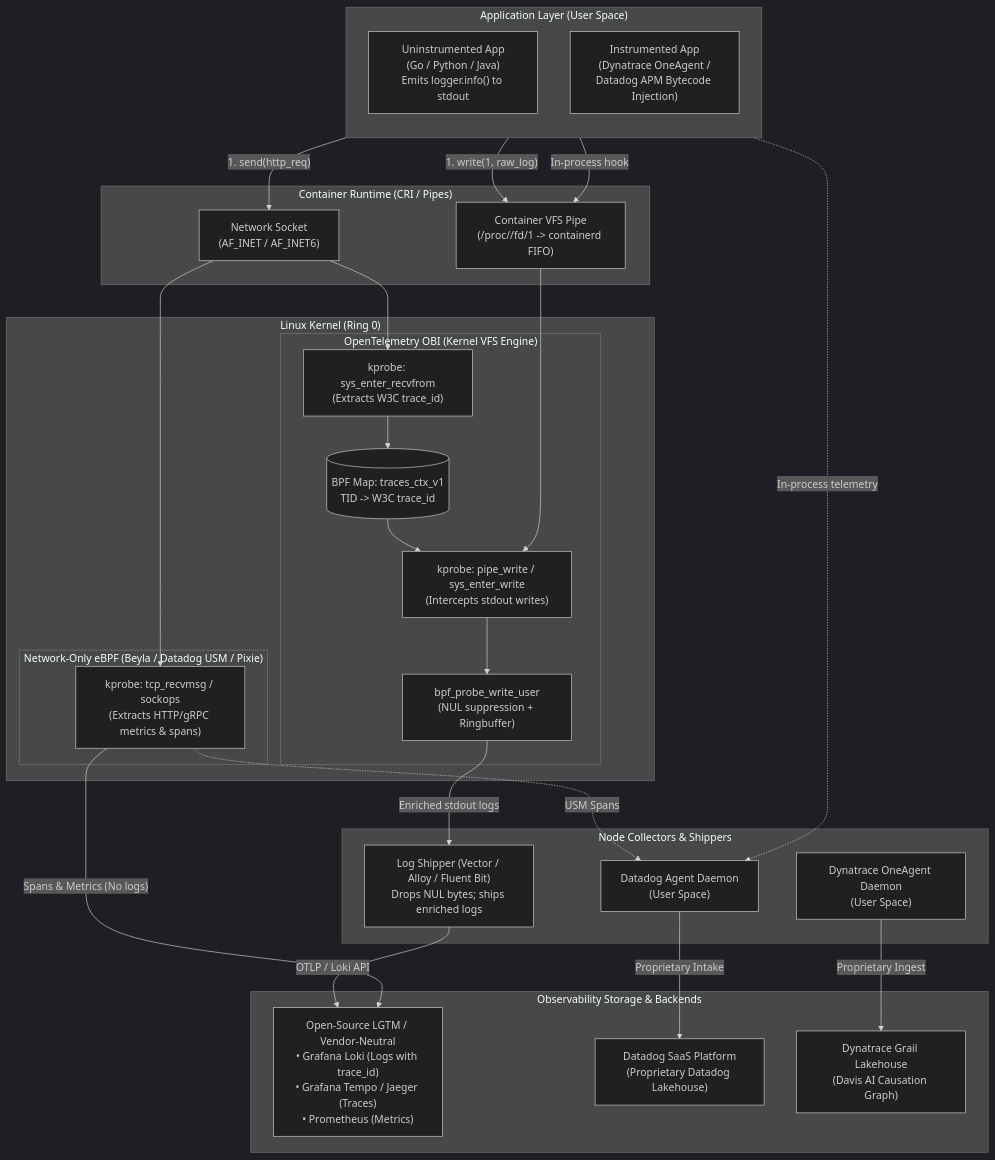
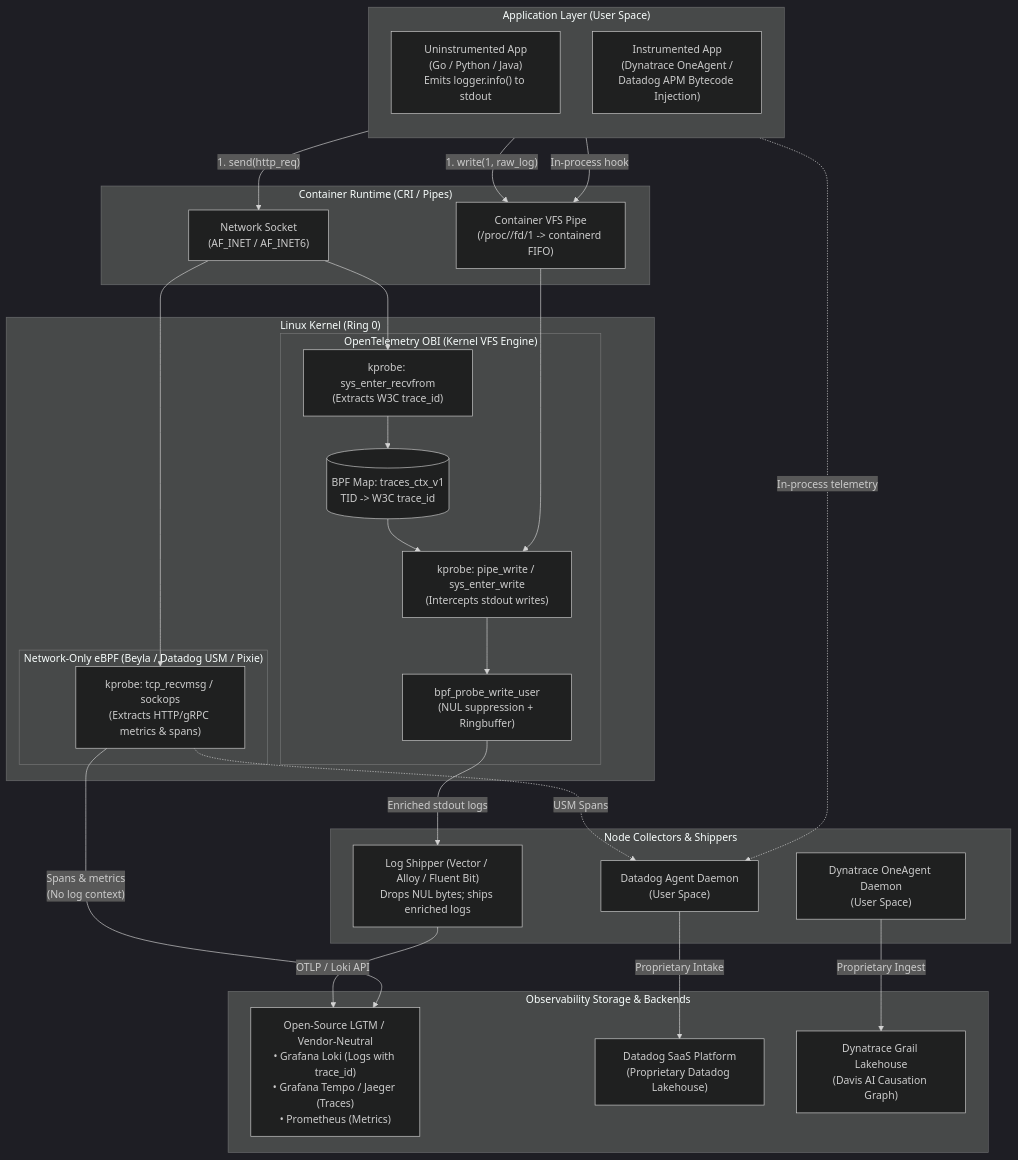
One commit to nubenetes/obi-trace-log-correlation changed the first of 3 diagrams in docs/obi-vs-modern-observability-tools.md. Above: the diagram before and after it, drawn with Mermaid (dark theme). The commit also changed other lines of this file and 4 other files, not shown here.

Commit message:
fix(docs): add line breaks to Mermaid edge labels to prevent text truncation in decision trees

````diff
--- a/docs/obi-vs-modern-observability-tools.md
+++ b/docs/obi-vs-modern-observability-tools.md
@@ -99,59 +99,59 @@
 ```mermaid
 flowchart TD
     subgraph UserSpace ["Application Layer (User Space)"]
         direction TB
         AppUninst["Uninstrumented App\n(Go / Python / Java)\nEmits logger.info() to stdout"]
         AppBytecode["Instrumented App\n(Dynatrace OneAgent /\nDatadog APM Bytecode Injection)"]
     end
 
     subgraph ContainerRuntime ["Container Runtime (CRI / Pipes)"]
         StdOutPipe["Container VFS Pipe\n(/proc/<pid>/fd/1 -> containerd FIFO)"]
         TCPStream["Network Socket\n(AF_INET / AF_INET6)"]
     end
 
     subgraph LinuxKernel ["Linux Kernel (Ring 0)"]
         subgraph OBI_Domain ["OpenTelemetry OBI (Kernel VFS Engine)"]
             SockHook["kprobe: sys_enter_recvfrom\n(Extracts W3C trace_id)"]
             LRUMap[("BPF Map: traces_ctx_v1\nTID -> W3C trace_id")]
             VFSHook["kprobe: pipe_write / sys_enter_write\n(Intercepts stdout writes)"]
             Mutate["bpf_probe_write_user\n(NUL suppression + Ringbuffer)"]
         end
 
         subgraph Network_eBPF ["Network-Only eBPF (Beyla / Datadog USM / Pixie)"]
             NetHook["kprobe: tcp_recvmsg / sockops\n(Extracts HTTP/gRPC metrics & spans)"]
         end
     end
 
     subgraph NodeShippers ["Node Collectors & Shippers"]
         LogShipper["Log Shipper (Vector / Alloy / Fluent Bit)\nDrops NUL bytes; ships enriched logs"]
         DD_Agent["Datadog Agent Daemon\n(User Space)"]
         OneAgent["Dynatrace OneAgent Daemon\n(User Space)"]
     end
 
     subgraph StorageBackends ["Observability Storage & Backends"]
         OTelBackends["Open-Source LGTM / Vendor-Neutral\n• Grafana Loki (Logs with trace_id)\n• Grafana Tempo / Jaeger (Traces)\n• Prometheus (Metrics)"]
         DDSaaS["Datadog SaaS Platform\n(Proprietary Datadog Lakehouse)"]
         DTGrail["Dynatrace Grail Lakehouse\n(Davis AI Causation Graph)"]
     end
 
     %% Wiring
     AppUninst -->|"1. write(1, raw_log)"| StdOutPipe
     AppUninst -->|"1. send(http_req)"| TCPStream
     AppBytecode -->|"In-process hook"| StdOutPipe
 
     TCPStream --> NetHook
     TCPStream --> SockHook
     SockHook --> LRUMap
     LRUMap --> VFSHook
     StdOutPipe --> VFSHook
     VFSHook --> Mutate
 
     Mutate -->|"Enriched stdout logs"| LogShipper
     LogShipper -->|"OTLP / Loki API"| OTelBackends
-    NetHook -->|"Spans & Metrics (No logs)"| OTelBackends
+    NetHook -->|"Spans & metrics<br/>(No log context)"| OTelBackends
     NetHook -.->|"USM Spans"| DD_Agent
 
     DD_Agent -->|"Proprietary Intake"| DDSaaS
     OneAgent -->|"Proprietary Ingest"| DTGrail
     AppBytecode -.->|"In-process telemetry"| DD_Agent
 ```
````
